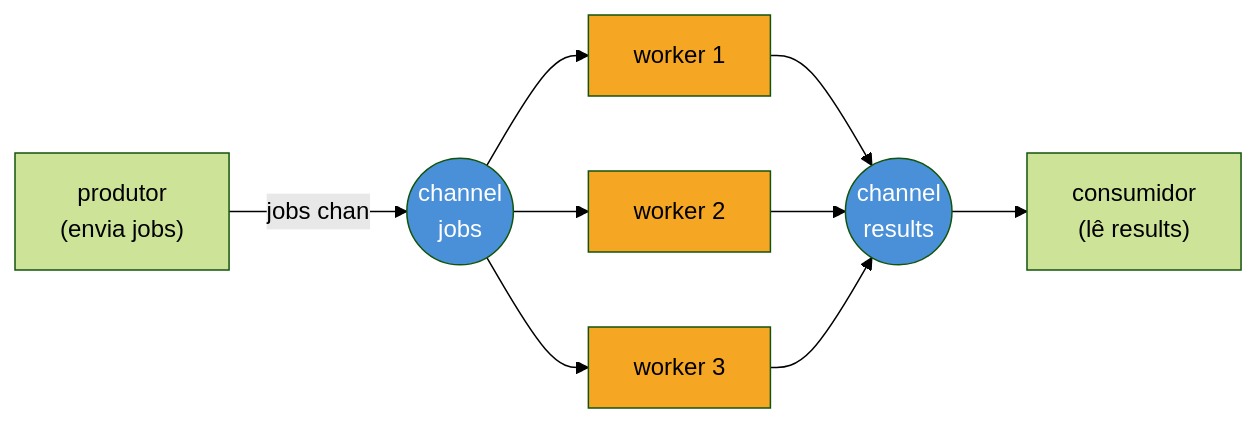
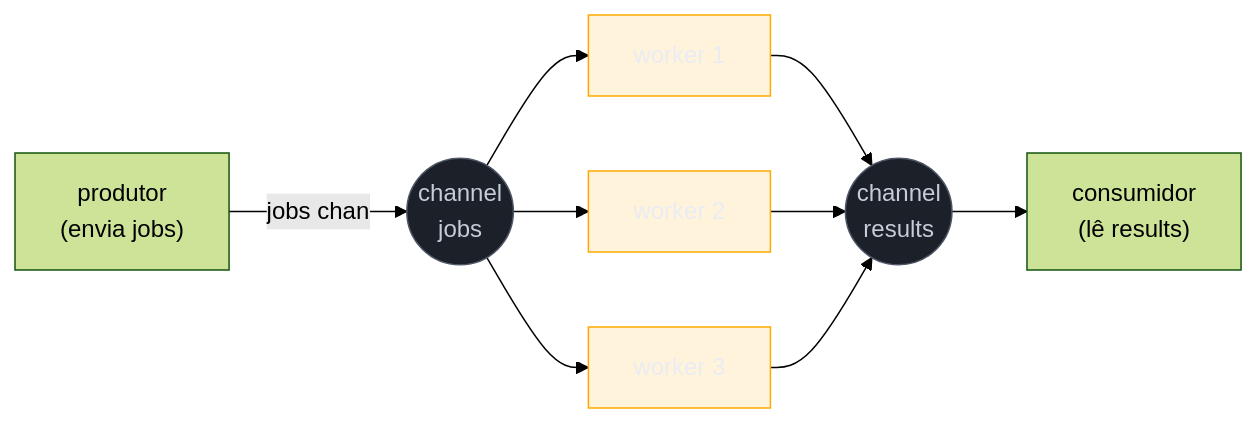
One commit to josenaldo/codex-technomanticus changed the first of 2 diagrams in 03-Dominios/Tecnologia/Go/08 - Channels e select/07 - Worker pools.md. Above: the diagram before and after it, drawn with Mermaid (forest theme). The commit also changed 1181 other files, not shown here.

First line of the commit message:
fix(diagramas): paleta do sistema no lugar de cor cravada no markdown

````diff
--- a/03-Dominios/Tecnologia/Go/08 - Channels e select/07 - Worker pools.md
+++ b/03-Dominios/Tecnologia/Go/08 - Channels e select/07 - Worker pools.md
@@ -39,17 +39,19 @@
 ```mermaid
 flowchart LR
+    classDef neutro fill:#1B2029,stroke:#4E5666,color:#C6CCD8
+    classDef destaque fill:#FFAA0024,stroke:#FFAA00,color:#E9ECF2
     P["produtor\n(envia jobs)"] -->|jobs chan| C(("channel\njobs"))
     C --> W1["worker 1"]
     C --> W2["worker 2"]
     C --> W3["worker 3"]
     W1 --> R(("channel\nresults"))
     W2 --> R
     W3 --> R
     R --> Co["consumidor\n(lê results)"]
 
-    style C fill:#4A90D9,color:#fff
-    style R fill:#4A90D9,color:#fff
-    style W1 fill:#F5A623,color:#000
-    style W2 fill:#F5A623,color:#000
-    style W3 fill:#F5A623,color:#000
+    class C neutro
+    class R neutro
+    class W1 destaque
+    class W2 destaque
+    class W3 destaque
 ```
````
